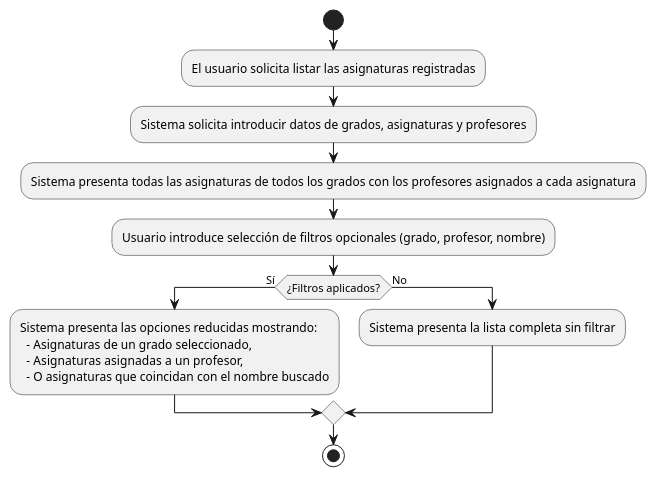
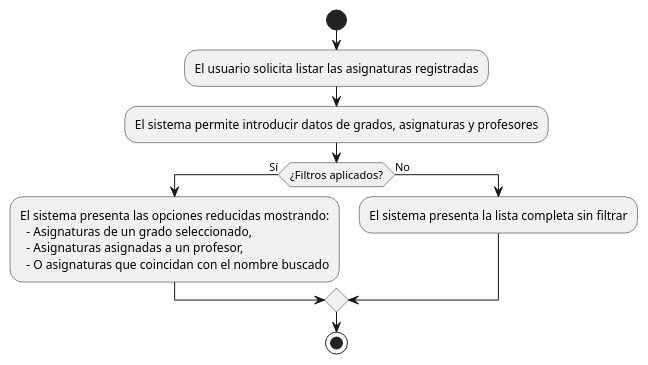
Before and after one commit to mmasias/24-25-IdSw1-SDR: the diagram in casosDeUso/plantUML/MostrarAsignaturas.puml, drawn with PlantUML. The commit also changed 27 other files, not shown here.

Commit message:
Cambios a casos de uso y diagramas, cambios a Prototipos

```diff
--- a/casosDeUso/plantUML/MostrarAsignaturas.puml
+++ b/casosDeUso/plantUML/MostrarAsignaturas.puml
@@ -1,16 +1,14 @@
 @startuml
 start
 :El usuario solicita listar las asignaturas registradas;
-:Sistema solicita introducir datos de grados, asignaturas y profesores;
-:Sistema presenta todas las asignaturas de todos los grados con los profesores asignados a cada asignatura;
-:Usuario introduce selección de filtros opcionales (grado, profesor, nombre);
+:El sistema permite introducir datos de grados, asignaturas y profesores;
 if (¿Filtros aplicados?) then (Sí)
-  :Sistema presenta las opciones reducidas mostrando:
+  :El sistema presenta las opciones reducidas mostrando:
     - Asignaturas de un grado seleccionado,
     - Asignaturas asignadas a un profesor,
     - O asignaturas que coincidan con el nombre buscado;
 else (No)
-  :Sistema presenta la lista completa sin filtrar;
+  :El sistema presenta la lista completa sin filtrar;
 endif
 stop
 @enduml
```
